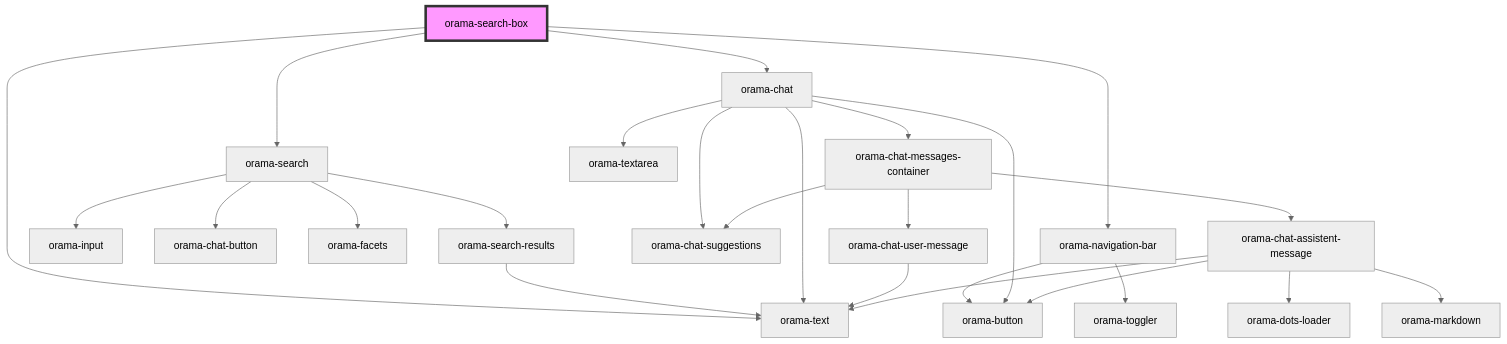
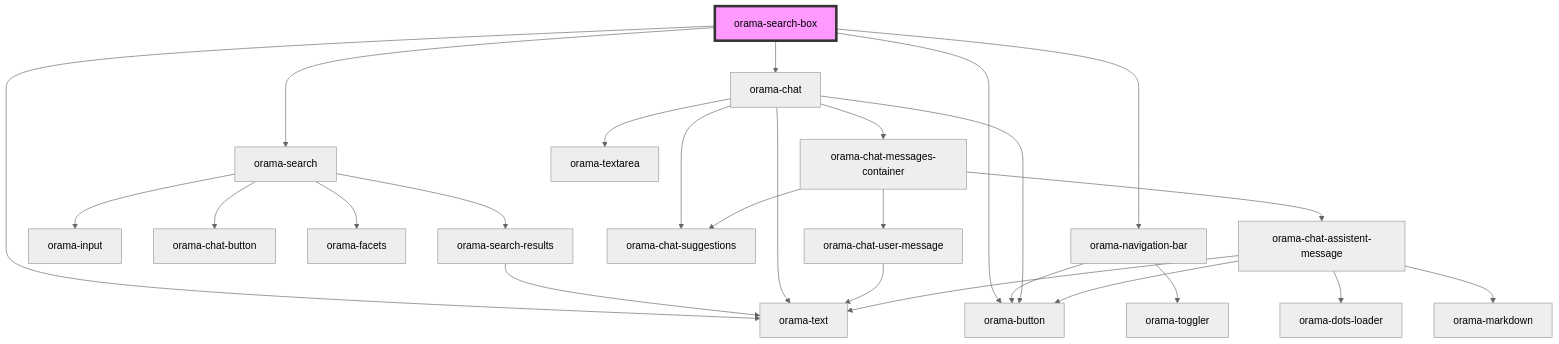
One commit to askorama/orama-ui-components changed the diagram in packages/ui-stencil/src/components/orama-search-box/readme.md. Above: the diagram before and after it, drawn with Mermaid (neutral theme). The commit also changed other lines of this file and 5 other files, not shown here.

````diff
--- a/packages/ui-stencil/src/components/orama-search-box/readme.md
+++ b/packages/ui-stencil/src/components/orama-search-box/readme.md
@@ -28,28 +29,29 @@
 ```mermaid
 graph TD;
   orama-search-box --> orama-text
   orama-search-box --> orama-navigation-bar
   orama-search-box --> orama-search
   orama-search-box --> orama-chat
+  orama-search-box --> orama-button
   orama-navigation-bar --> orama-button
   orama-navigation-bar --> orama-toggler
   orama-search --> orama-input
   orama-search --> orama-chat-button
   orama-search --> orama-facets
   orama-search --> orama-search-results
   orama-search-results --> orama-text
   orama-chat --> orama-chat-messages-container
   orama-chat --> orama-chat-suggestions
   orama-chat --> orama-textarea
   orama-chat --> orama-button
   orama-chat --> orama-text
   orama-chat-messages-container --> orama-chat-user-message
   orama-chat-messages-container --> orama-chat-assistent-message
   orama-chat-messages-container --> orama-chat-suggestions
   orama-chat-user-message --> orama-text
   orama-chat-assistent-message --> orama-dots-loader
   orama-chat-assistent-message --> orama-text
   orama-chat-assistent-message --> orama-markdown
   orama-chat-assistent-message --> orama-button
   style orama-search-box fill:#f9f,stroke:#333,stroke-width:4px
 ```
````
